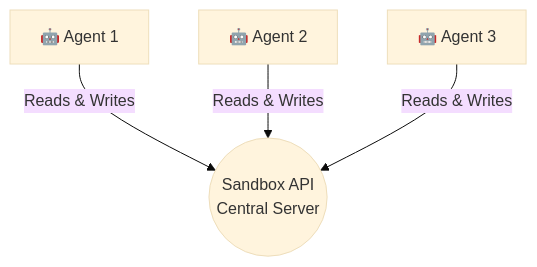
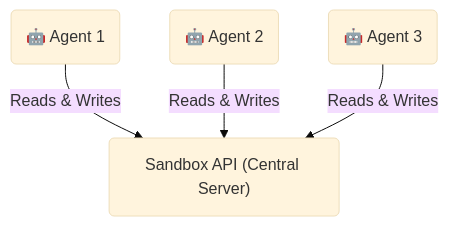
One commit to dhilanIM/mock_ai_gym changed the first of 2 diagrams in agent_api_communication_guide.md. Above: the diagram before and after it, drawn with Mermaid (base theme). The commit also changed other lines of this file, not shown here.

Commit message:
Fix Mermaid syntax to render correctly on GitHub

````diff
--- a/agent_api_communication_guide.md
+++ b/agent_api_communication_guide.md
@@ -9,7 +9,7 @@
 ```mermaid
 graph TD
-    API((Sandbox API<br>Central Server))
-    A1[🤖 Agent 1] -->|Reads & Writes| API
-    A2[🤖 Agent 2] -->|Reads & Writes| API
-    A3[🤖 Agent 3] -->|Reads & Writes| API
+    API("Sandbox API (Central Server)")
+    A1("🤖 Agent 1") -->|"Reads & Writes"| API
+    A2("🤖 Agent 2") -->|"Reads & Writes"| API
+    A3("🤖 Agent 3") -->|"Reads & Writes"| API
 ```
````
